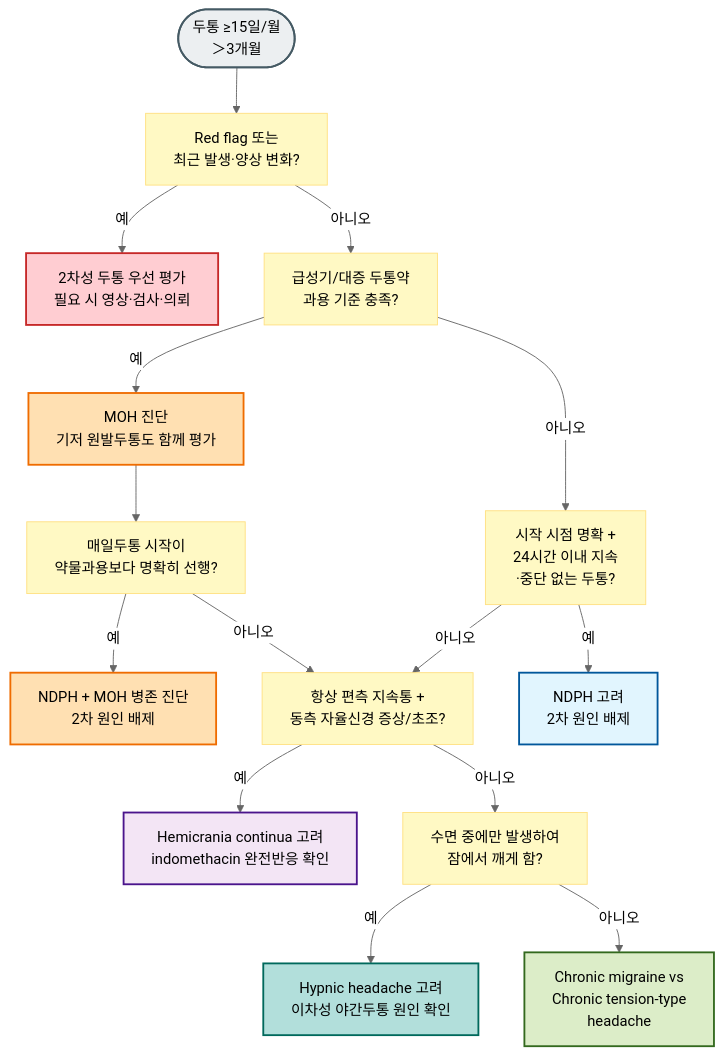
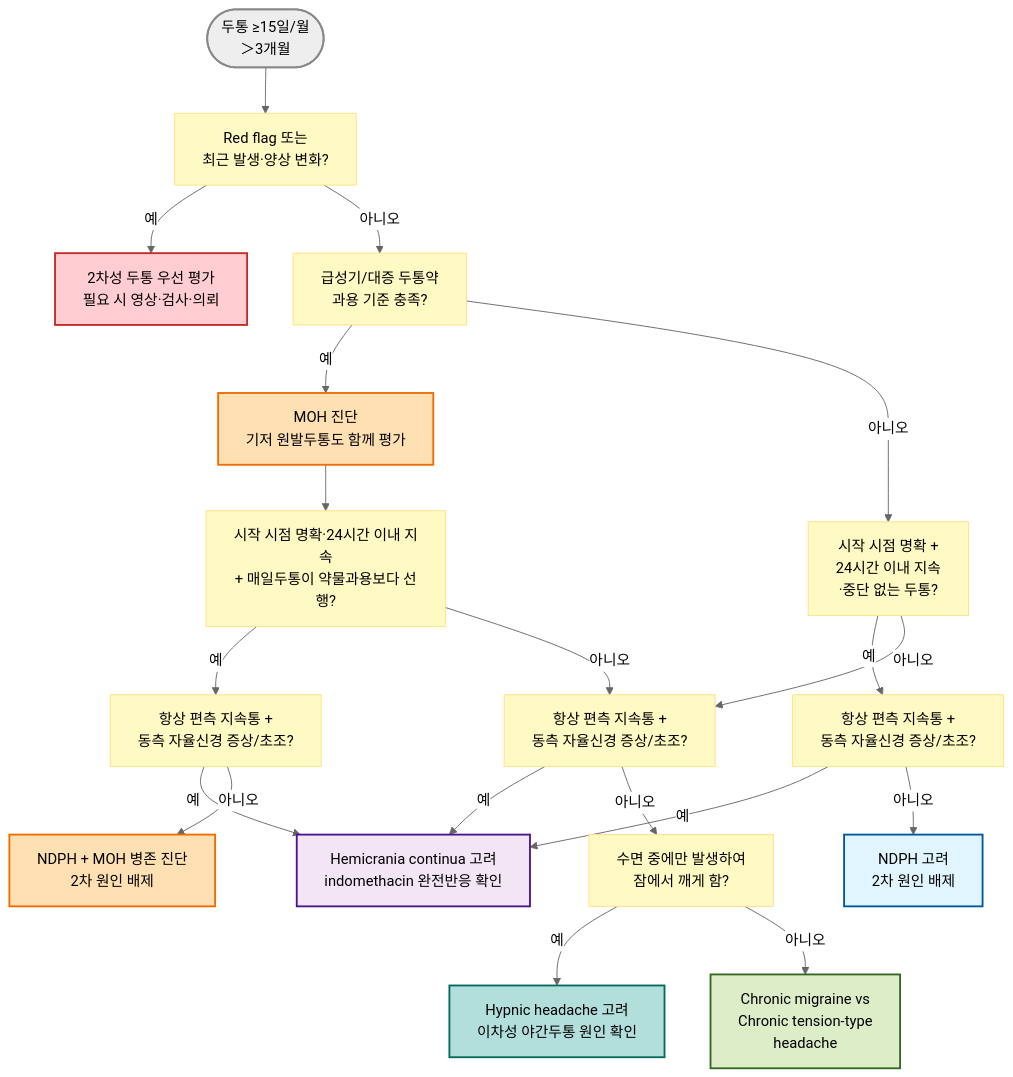
Before and after one commit to familyoh77/familyoh77: the diagram in 221_/018_-chronic-headache.md, drawn with Mermaid (neutral theme). The commit also changed other lines of this file and 4 other files, not shown here.

````diff
--- a/221_/018_-chronic-headache.md
+++ b/221_/018_-chronic-headache.md
@@ -28,30 +28,34 @@
 ```mermaid
 flowchart TD
     A(["두통 ≥15일/월<br/>＞3개월"]) --> B["Red flag 또는<br/>최근 발생·양상 변화?"]
     B -- "예" --> C["2차성 두통 우선 평가<br/>필요 시 영상·검사·의뢰"]
     B -- "아니오" --> D["급성기/대증 두통약<br/>과용 기준 충족?"]
     D -- "예" --> E["MOH 진단<br/>기저 원발두통도 함께 평가"]
     D -- "아니오" --> F["시작 시점 명확 +<br/>24시간 이내 지속<br/>·중단 없는 두통?"]
-    E --> E1["매일두통 시작이<br/>약물과용보다 명확히 선행?"]
-    E1 -- "예" --> G["NDPH + MOH 병존 진단<br/>2차 원인 배제"]
+    E --> E1["시작 시점 명확·24시간 이내 지속<br/>+ 매일두통이 약물과용보다 선행?"]
+    E1 -- "예" --> H2["항상 편측 지속통 +<br/>동측 자율신경 증상/초조?"]
+    H2 -- "예" --> I
+    H2 -- "아니오" --> G["NDPH + MOH 병존 진단<br/>2차 원인 배제"]
     E1 -- "아니오" --> H["항상 편측 지속통 +<br/>동측 자율신경 증상/초조?"]
-    F -- "예" --> G1["NDPH 고려<br/>2차 원인 배제"]
+    F -- "예" --> H3["항상 편측 지속통 +<br/>동측 자율신경 증상/초조?"]
+    H3 -- "예" --> I
+    H3 -- "아니오" --> G1["NDPH 고려<br/>2차 원인 배제"]
     F -- "아니오" --> H
     H -- "예" --> I["Hemicrania continua 고려<br/>indomethacin 완전반응 확인"]
     H -- "아니오" --> J["수면 중에만 발생하여<br/>잠에서 깨게 함?"]
     J -- "예" --> K["Hypnic headache 고려<br/>이차성 야간두통 원인 확인"]
     J -- "아니오" --> L["Chronic migraine vs<br/>Chronic tension-type <br/>headache"]
 
-    style A fill:#eceff1,stroke:#455a64,stroke-width:2px
+    style A fill:#eeeeee,stroke:#888888,stroke-width:2px
 classDef yellow fill:#fff9c4,stroke:#ffe082
-class B,D,F,E1,H,J yellow
+class B,D,F,E1,H,H2,H3,J yellow
 
     style C fill:#ffcdd2,stroke:#c62828,stroke-width:2px
     style E fill:#ffe0b2,stroke:#ef6c00,stroke-width:2px
     style G fill:#ffe0b2,stroke:#ef6c00,stroke-width:2px
     style G1 fill:#e1f5fe,stroke:#01579b,stroke-width:2px
     style I fill:#f3e5f5,stroke:#4a148c,stroke-width:2px
     style K fill:#b2dfdb,stroke:#00695c,stroke-width:2px
     style L fill:#dcedc8,stroke:#33691e,stroke-width:2px
 
 ```
````
